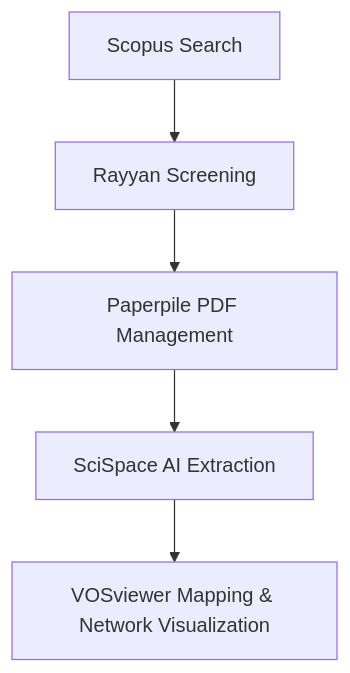
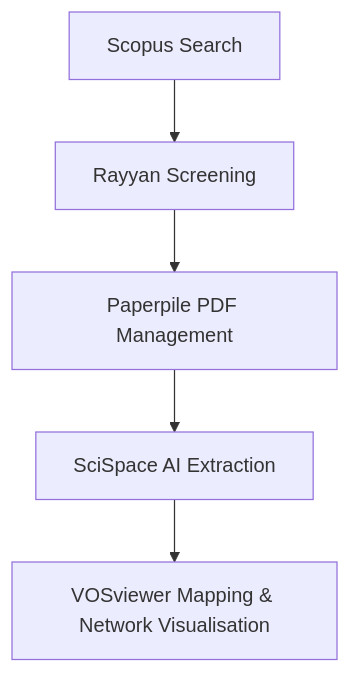
One commit to Narmilan-A/Systematic-Review-Toolkit changed the diagram in readme.md. Above: the diagram before and after it, drawn with Mermaid. The commit also changed other lines of this file, not shown here.

````diff
--- a/readme.md
+++ b/readme.md
@@ -24,7 +24,7 @@
 ```mermaid
 graph TD
     A[Scopus Search] --> B[Rayyan Screening]
     B --> C[Paperpile PDF Management]
     C --> D[SciSpace AI Extraction]
-    D --> E[VOSviewer Mapping & Network Visualization]
+    D --> E[VOSviewer Mapping & Network Visualisation]
 ```
````
